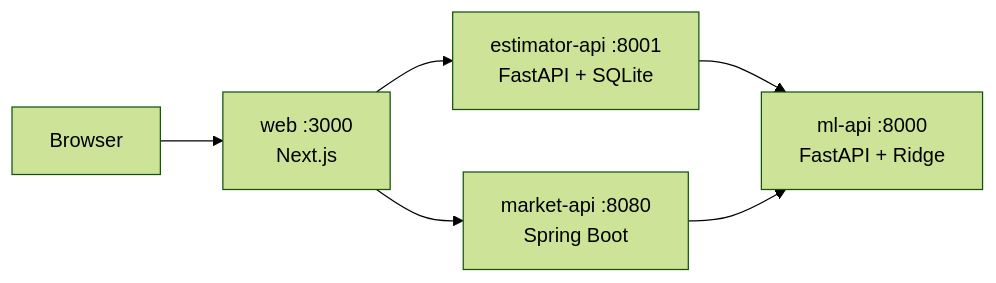
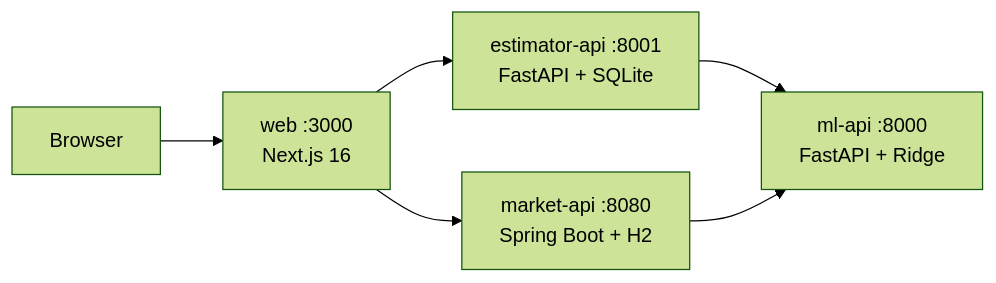
Before and after one commit to Ekhrapykin/housing-prediction-portal: the diagram in README.md, drawn with Mermaid (forest theme). The commit also changed other lines of this file and 9 other files, not shown here.

Commit message:
Add README and ARCHITECTURE docs for the repo and each service

````diff
--- a/README.md
+++ b/README.md
@@ -5,8 +10,8 @@
 ```mermaid
 flowchart LR
-  B[Browser] --> W[web :3000<br/>Next.js]
+  B[Browser] --> W[web :3000<br/>Next.js 16]
   W --> E[estimator-api :8001<br/>FastAPI + SQLite]
-  W --> M[market-api :8080<br/>Spring Boot]
+  W --> M[market-api :8080<br/>Spring Boot + H2]
   E --> ML[ml-api :8000<br/>FastAPI + Ridge]
   M --> ML
 ```
````
